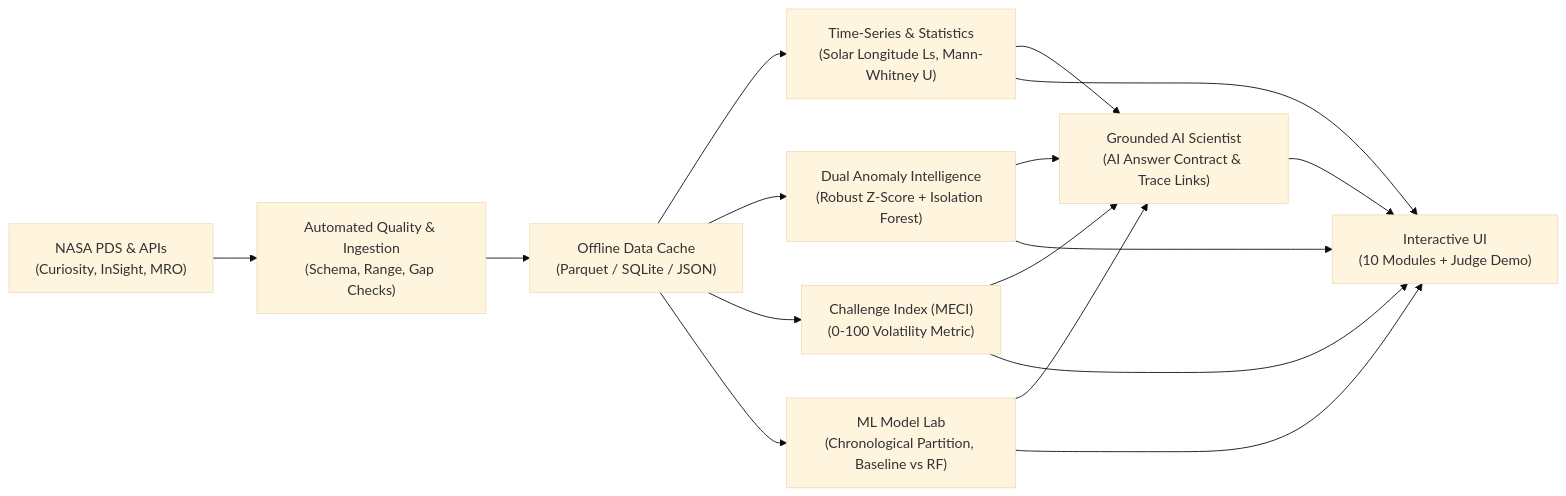
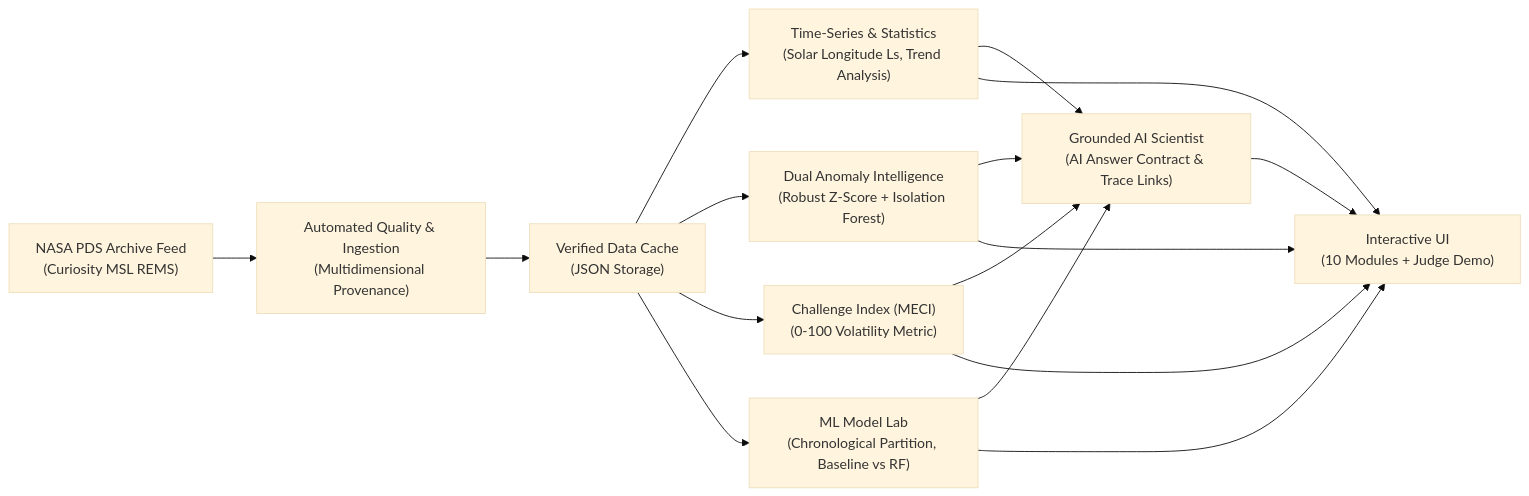
One commit to ryan320-cyber/mars-mission-intelligence changed the diagram in README.md. Above: the diagram before and after it, drawn with Mermaid (base theme). The commit also changed other lines of this file and 20 other files, not shown here.

````diff
--- a/README.md
+++ b/README.md
@@ -40,11 +62,11 @@
 ```mermaid
 flowchart LR
-    PDS["NASA PDS & APIs<br/>(Curiosity, InSight, MRO)"] --> Ingestion["Automated Quality & Ingestion<br/>(Schema, Range, Gap Checks)"]
-    Ingestion --> Storage["Offline Data Cache<br/>(Parquet / SQLite / JSON)"]
-    Storage --> Analytics["Time-Series & Statistics<br/>(Solar Longitude Ls, Mann-Whitney U)"]
+    PDS["NASA PDS Archive Feed<br/>(Curiosity MSL REMS)"] --> Ingestion["Automated Quality & Ingestion<br/>(Multidimensional Provenance)"]
+    Ingestion --> Storage["Verified Data Cache<br/>(JSON Storage)"]
+    Storage --> Analytics["Time-Series & Statistics<br/>(Solar Longitude Ls, Trend Analysis)"]
     Storage --> Anomaly["Dual Anomaly Intelligence<br/>(Robust Z-Score + Isolation Forest)"]
     Storage --> MECI["Challenge Index (MECI)<br/>(0-100 Volatility Metric)"]
     Storage --> ML["ML Model Lab<br/>(Chronological Partition, Baseline vs RF)"]
     Analytics & Anomaly & MECI & ML --> AI["Grounded AI Scientist<br/>(AI Answer Contract & Trace Links)"]
     AI & Analytics & Anomaly & MECI & ML --> UI["Interactive UI<br/>(10 Modules + Judge Demo)"]
 ```
````
